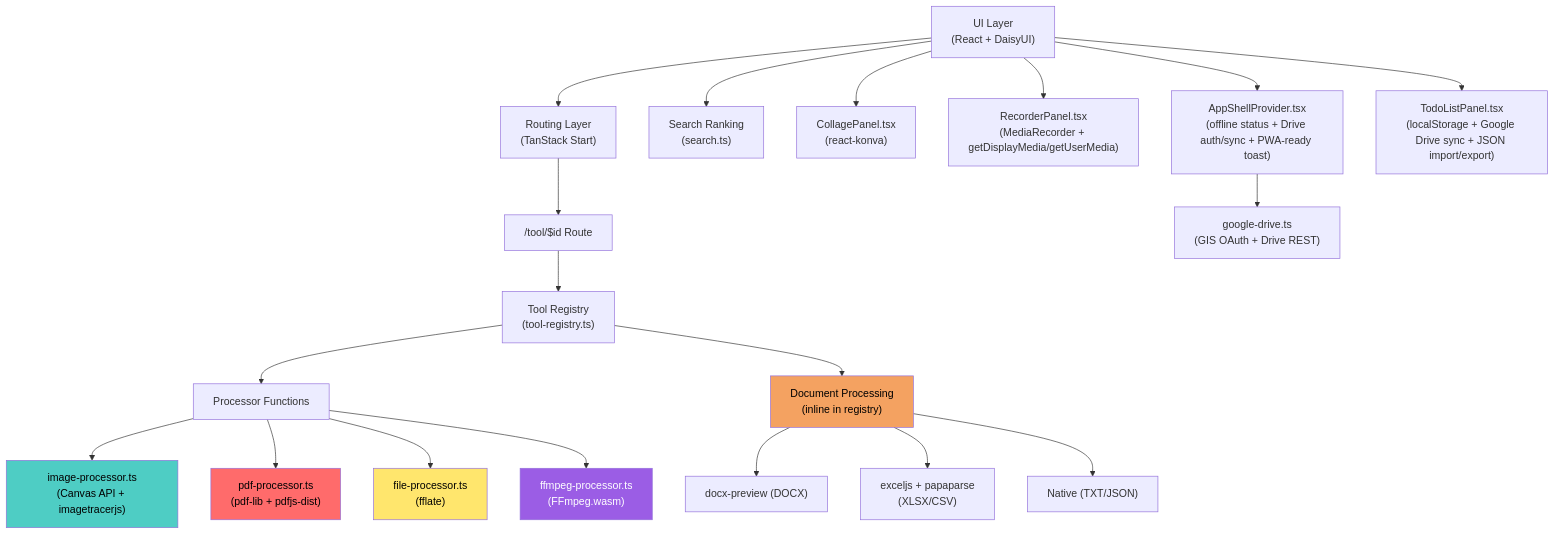
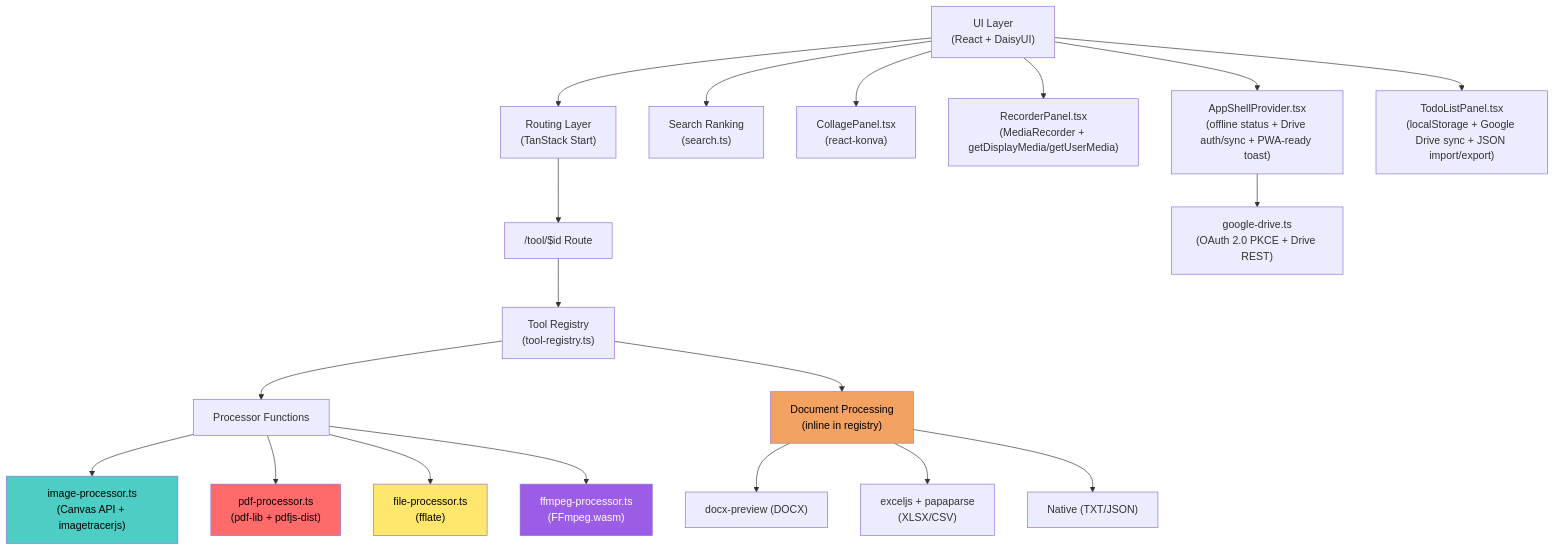
The first of 8 diagrams in README.md (imxade/kitsy), drawn with Mermaid before and after one commit. The commit also changed other lines of this file and 2 other files, not shown here.

````diff
--- a/README.md
+++ b/README.md
@@ -15,27 +18,27 @@
 ```mermaid
 flowchart TD
     UI["UI Layer<br/>(React + DaisyUI)"] --> Router["Routing Layer<br/>(TanStack Start)"]
     Router --> ToolRoute["/tool/$id Route"]
     ToolRoute --> Registry["Tool Registry<br/>(tool-registry.ts)"]
     UI --> SearchRank["Search Ranking<br/>(search.ts)"]
     Registry --> Processors["Processor Functions"]
     Processors --> ImgProc["image-processor.ts<br/>(Canvas API + imagetracerjs)"]
     Processors --> PdfProc["pdf-processor.ts<br/>(pdf-lib + pdfjs-dist)"]
     Processors --> FileProc["file-processor.ts<br/>(fflate)"]
     Processors --> FfmpegProc["ffmpeg-processor.ts<br/>(FFmpeg.wasm)"]
     Registry --> DocInline["Document Processing<br/>(inline in registry)"]
     DocInline --> docxPrev["docx-preview (DOCX)"]
     DocInline --> xlsxLib["exceljs + papaparse<br/>(XLSX/CSV)"]
     DocInline --> txtJson["Native (TXT/JSON)"]
     UI --> CollageUI["CollagePanel.tsx<br/>(react-konva)"]
     UI --> RecorderUI["RecorderPanel.tsx<br/>(MediaRecorder + getDisplayMedia/getUserMedia)"]
     UI --> ShellUI["AppShellProvider.tsx<br/>(offline status + Drive auth/sync + PWA-ready toast)"]
     UI --> TodoUI["TodoListPanel.tsx<br/>(localStorage + Google Drive sync + JSON import/export)"]
-    ShellUI --> Drive["google-drive.ts<br/>(GIS OAuth + Drive REST)"]
+    ShellUI --> Drive["google-drive.ts<br/>(OAuth 2.0 PKCE + Drive REST)"]
 
     style ImgProc fill:#4ecdc4,color:#000
     style PdfProc fill:#ff6b6b,color:#000
     style FileProc fill:#ffe66d,color:#000
     style FfmpegProc fill:#9b5de5,color:#fff
     style DocInline fill:#f4a261,color:#000
 ```
````
